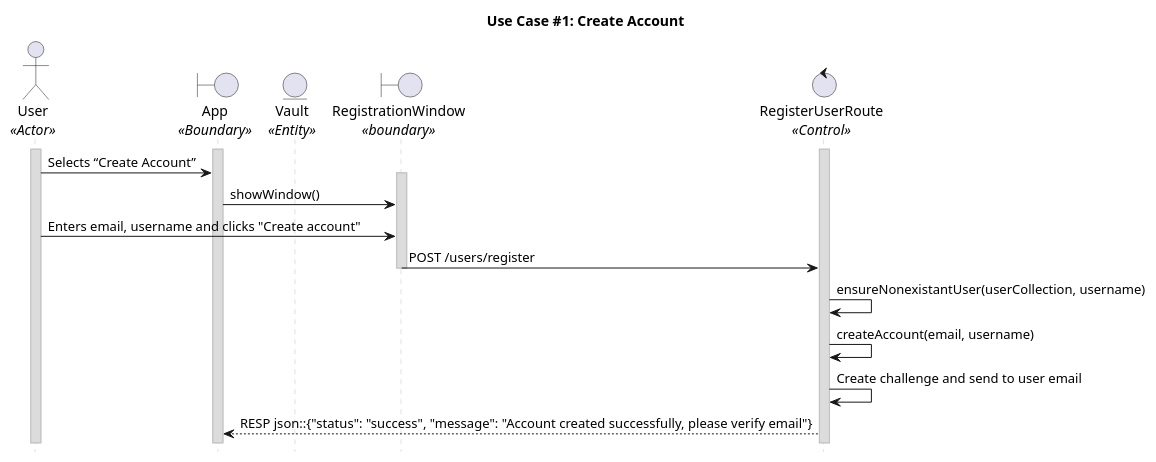
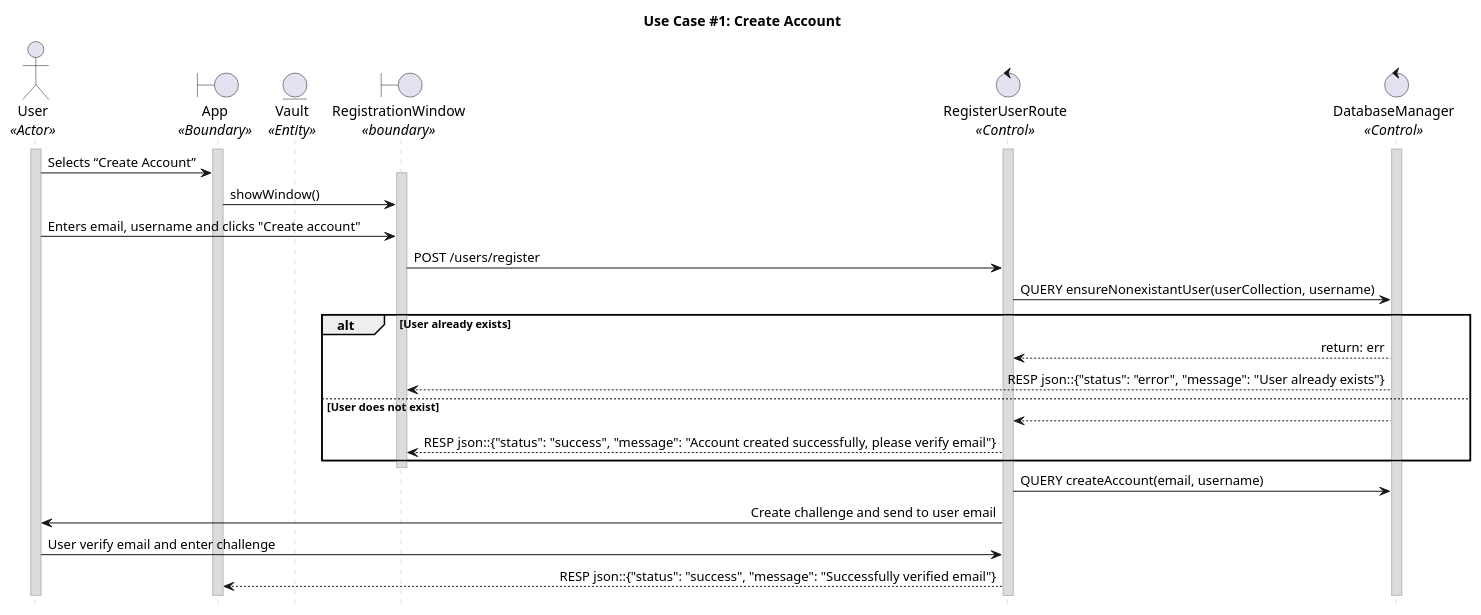
The diagram in uc_01.puml (CECS-491-SP24-Group-1/seq-diagrams), drawn with PlantUML before and after one commit.

```diff
--- a/uc_01.puml
+++ b/uc_01.puml
@@ -1,48 +1,61 @@
 @startuml uc01
 title "Use Case #1: Create Account"
 
 
 'Styling goes here
 hide footbox
 skinparam stereotypePosition bottom
 skinparam sequenceMessageAlign direction
 skinparam sequence {
 	LifeLineBorderColor #Silver
 	LifeLineBackgroundColor #Gainsboro
 }
 
 'Setup the objects involved here
 actor User as u <<Actor>>
 boundary App as a <<Boundary>>
 entity Vault as v <<Entity>>
 boundary RegistrationWindow as rw <<boundary>>
 control RegisterUserRoute as rur <<Control>>
+control DatabaseManager as db <<Control>> 
 
 'Setup persistent objects here
 activate u 
 activate a
 activate rur
+activate db
 
 
 '--- FLOW OF CONTROL STARTS HERE ---
 ' User selects “Create Account” on the front page.
 u -> a: Selects “Create Account”
 
 ' System shows a form to create the account.
 activate rw
 a -> rw: showWindow()
 
 ' User enters email address, username and click "Create account"
 u -> rw: Enters email, username and clicks "Create account"
 
 ' User device send a request to the server to create an account
 rw -> rur: POST /users/register
+
+rur -> db: QUERY ensureNonexistantUser(userCollection, username)
+
+alt User already exists
+	db --> rur: return: err
+	db --> rw: RESP json::{"status": "error", "message": "User already exists"}
+else User does not exist
+	db --> rur: 
+	rur --> rw: RESP json::{"status": "success", "message": "Account created successfully, please verify email"}
+end
 deactivate rw
-rur -> rur: ensureNonexistantUser(userCollection, username)
-rur -> rur: createAccount(email, username)
-rur -> rur: Create challenge and send to user email
-rur --> a: RESP json::{"status": "success", "message": "Account created successfully, please verify email"}
+
+rur -> db: QUERY createAccount(email, username)
+rur -> u: Create challenge and send to user email
+u -> rur: User verify email and enter challenge
+rur --> a: RESP json::{"status": "success", "message": "Successfully verified email"}
 
 '--- FLOW OF CONTROL ENDS HERE   ---
 
 @enduml
```
